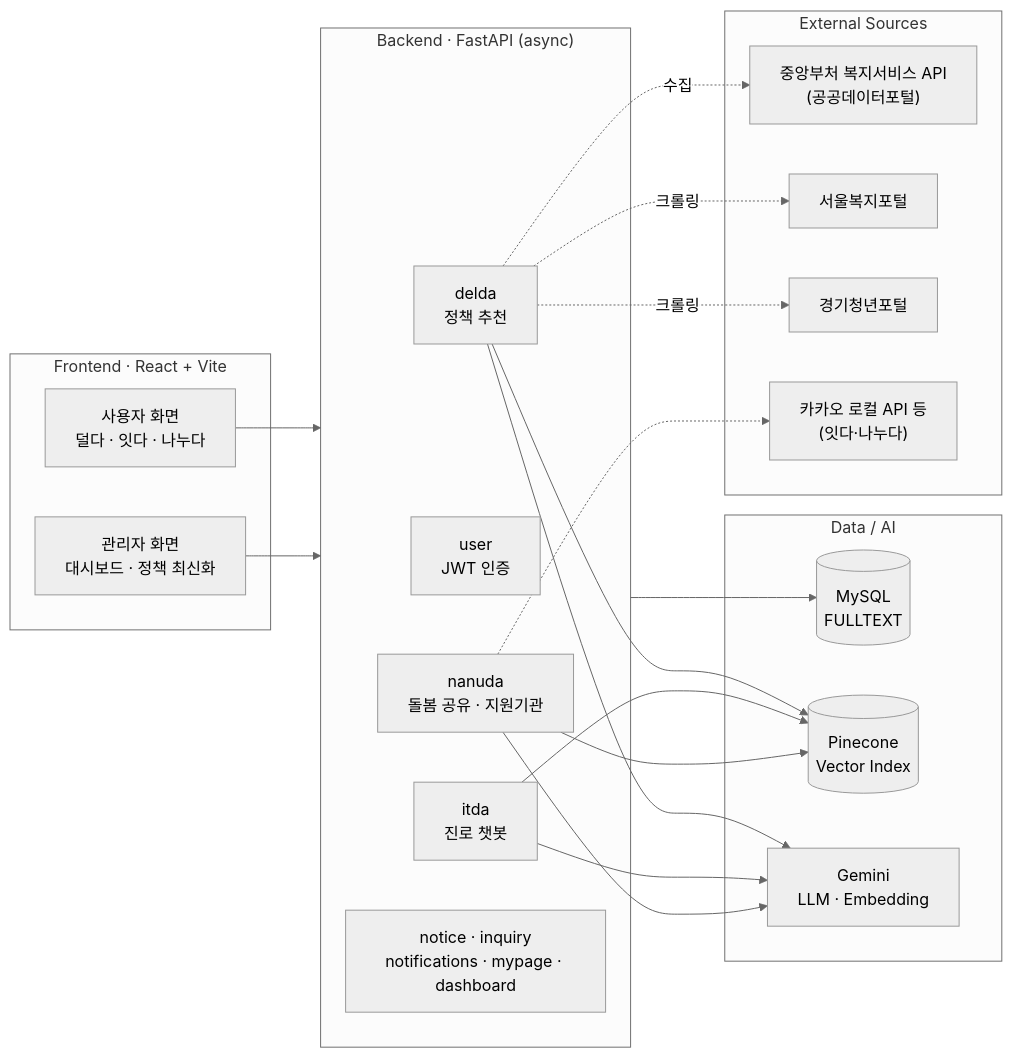
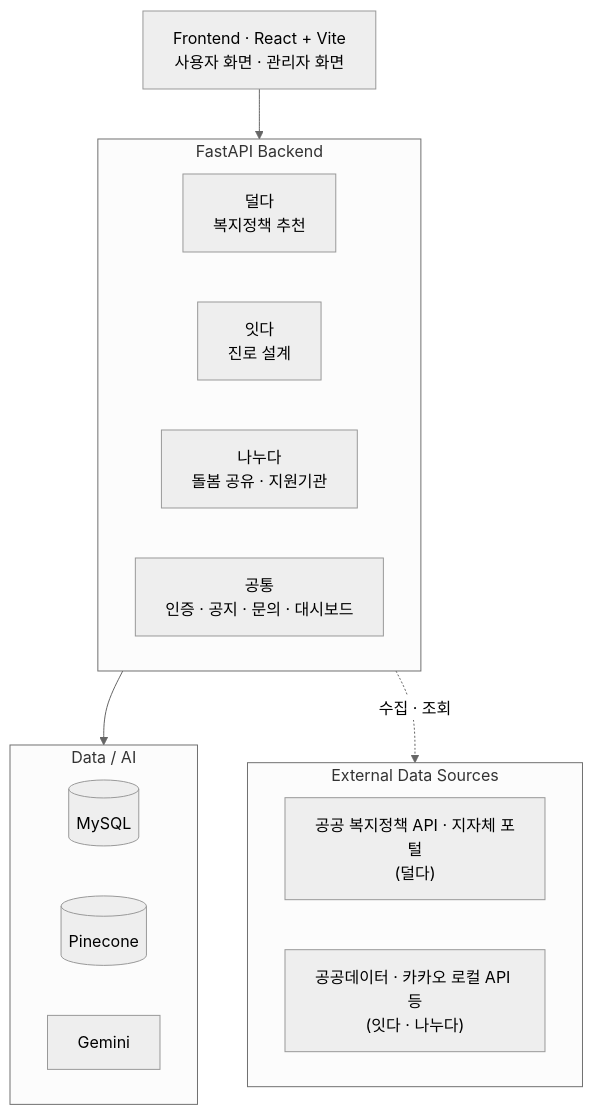
The first of 6 diagrams in README.md (SY9507/E-eum), drawn with Mermaid (neutral theme) before and after one commit. The commit also changed other lines of this file, not shown here.

````diff
--- a/README.md
+++ b/README.md
@@ -71,42 +98,29 @@
 ```mermaid
-flowchart LR
-    subgraph Client["Frontend · React + Vite"]
-        U["사용자 화면<br/>덜다 · 잇다 · 나누다"]
-        A["관리자 화면<br/>대시보드 · 정책 최신화"]
+flowchart TB
+    FE["Frontend · React + Vite<br/>사용자 화면 · 관리자 화면"]
+
+    subgraph BE["FastAPI Backend"]
+        direction LR
+        D["덜다<br/>복지정책 추천"]
+        I["잇다<br/>진로 설계"]
+        N["나누다<br/>돌봄 공유 · 지원기관"]
+        C["공통<br/>인증 · 공지 · 문의 · 대시보드"]
     end
 
-    subgraph API["Backend · FastAPI (async)"]
-        AUTH["user<br/>JWT 인증"]
-        DELDA["delda<br/>정책 추천"]
-        ITDA["itda<br/>진로 챗봇"]
-        NANUDA["nanuda<br/>돌봄 공유 · 지원기관"]
-        COMMON["notice · inquiry<br/>notifications · mypage · dashboard"]
+    subgraph DA["Data / AI"]
+        direction LR
+        M[("MySQL")]
+        P[("Pinecone")]
+        G["Gemini"]
     end
 
-    subgraph Data["Data / AI"]
-        MYSQL[("MySQL<br/>FULLTEXT")]
-        PC[("Pinecone<br/>Vector Index")]
-        GEM["Gemini<br/>LLM · Embedding"]
+    subgraph EX["External Data Sources"]
+        direction LR
+        X1["공공 복지정책 API · 지자체 포털<br/>(덜다)"]
+        X2["공공데이터 · 카카오 로컬 API 등<br/>(잇다 · 나누다)"]
     end
 
-    subgraph Ext["External Sources"]
-        GOV["중앙부처 복지서비스 API<br/>(공공데이터포털)"]
-        SEOUL["서울복지포털"]
-        GG["경기청년포털"]
-        OTHER["카카오 로컬 API 등<br/>(잇다·나누다)"]
-    end
-
-    U --> API
-    A --> API
-    API --> MYSQL
-    DELDA --> PC
-    DELDA --> GEM
-    ITDA --> PC
-    ITDA --> GEM
-    NANUDA --> PC
-    NANUDA --> GEM
-    DELDA -.->|수집| GOV
-    DELDA -.->|크롤링| SEOUL
-    DELDA -.->|크롤링| GG
-    NANUDA -.-> OTHER
+    FE --> BE
+    BE --> DA
+    BE -.->|수집 · 조회| EX
 ```
````
